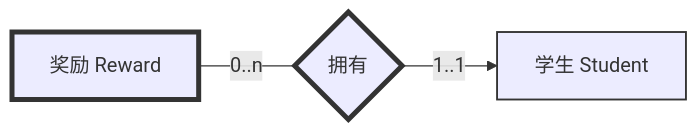
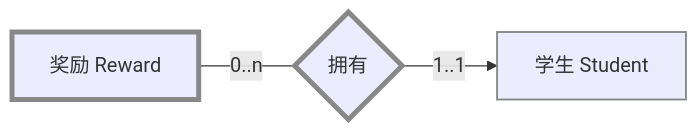
The fourth of 9 diagrams in 计算机科学/数据库原理及应用/3 数据库设计/3.2 数据库概念设计.md (InfiniteAstral/notes), drawn with Mermaid before and after one commit. The commit also changed 1 other file, not shown here.

Commit message:
docs: update 计算机科学/数据库原理及应用/3 数据库设计/3.4 ER模型向关系模型的映射

````diff
--- a/计算机科学/数据库原理及应用/3 数据库设计/3.2 数据库概念设计.md
+++ b/计算机科学/数据库原理及应用/3 数据库设计/3.2 数据库概念设计.md
@@ -139,13 +139,13 @@
 ```mermaid
 flowchart LR
   S[学生 Student]
   R{拥有}
   W[奖励 Reward]
 
   R -->|1..1| S
   W ---|0..n| R
 
-  style S stroke:#333,stroke-width:1.5px
-  style R stroke:#333,stroke-width:4px
-  style W stroke:#333,stroke-width:4px
+  style S stroke:#888,stroke-width:1.5px
+  style R stroke:#888,stroke-width:4px
+  style W stroke:#888,stroke-width:4px
 ```
````
